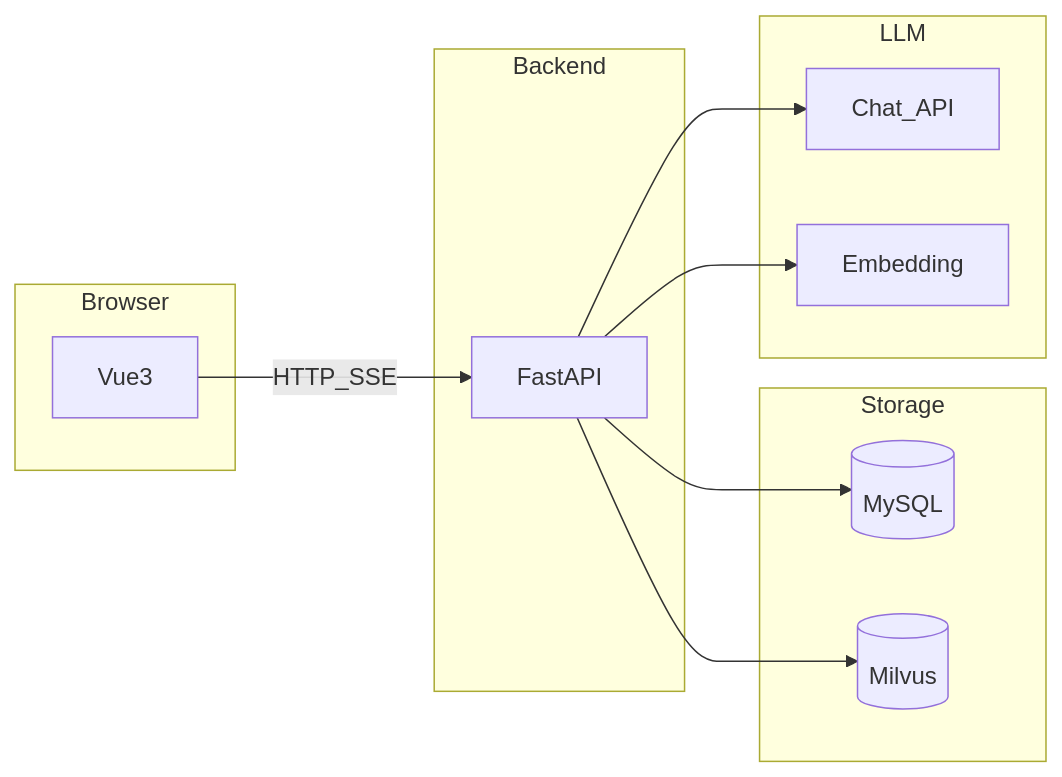
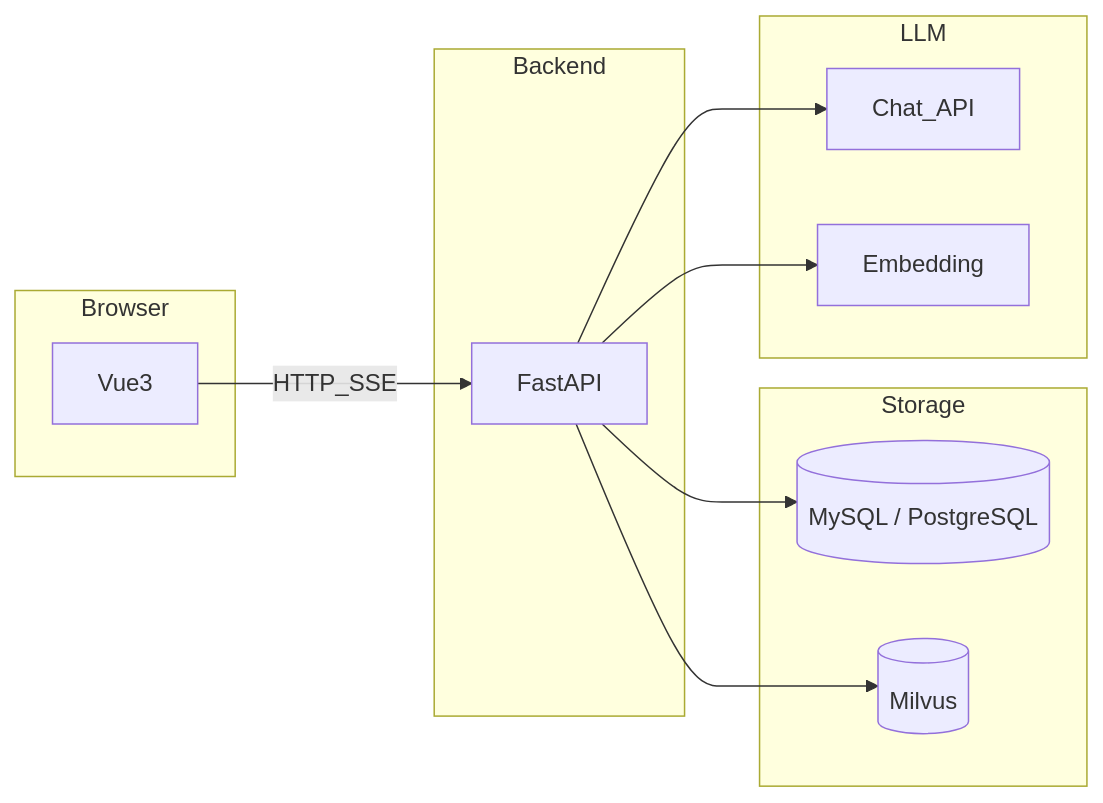
One commit to uglyp/KB-Copilot changed the diagram in README.md. Above: the diagram before and after it, drawn with Mermaid. The commit also changed other lines of this file and 12 other files, not shown here.

First line of the commit message:
feat: support PostgreSQL alongside MySQL for relational database

````diff
--- a/README.md
+++ b/README.md
@@ -74,22 +74,22 @@
 ```mermaid
 flowchart LR
   subgraph client [Browser]
     Vue[Vue3]
   end
   subgraph server [Backend]
     API[FastAPI]
   end
   subgraph data [Storage]
-    MySQL[(MySQL)]
+    RDB[(MySQL / PostgreSQL)]
     Milvus[(Milvus)]
   end
   subgraph models [LLM]
     Chat[Chat_API]
     Emb[Embedding]
   end
   Vue -->|HTTP_SSE| API
-  API --> MySQL
+  API --> RDB
   API --> Milvus
   API --> Chat
   API --> Emb
 ```
````
